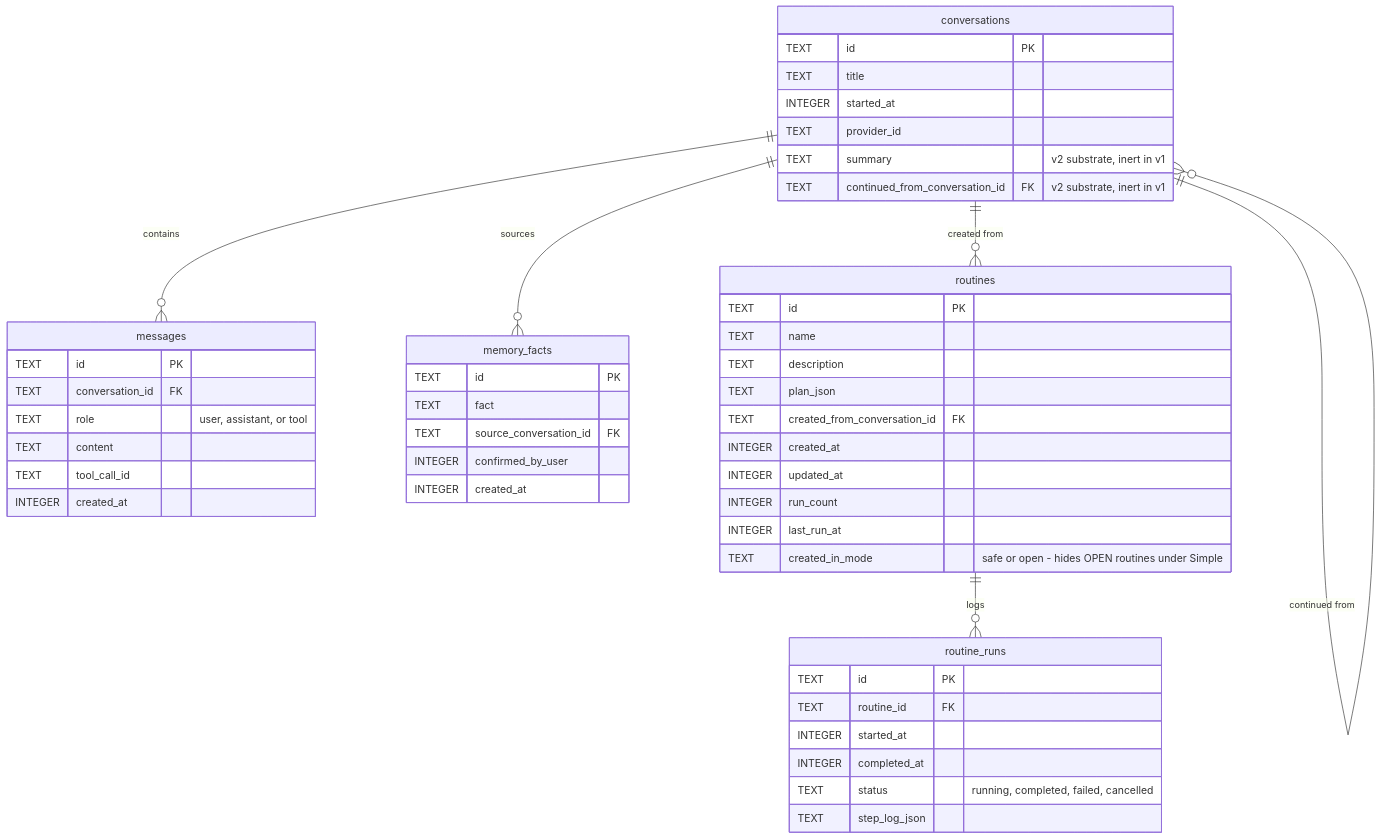
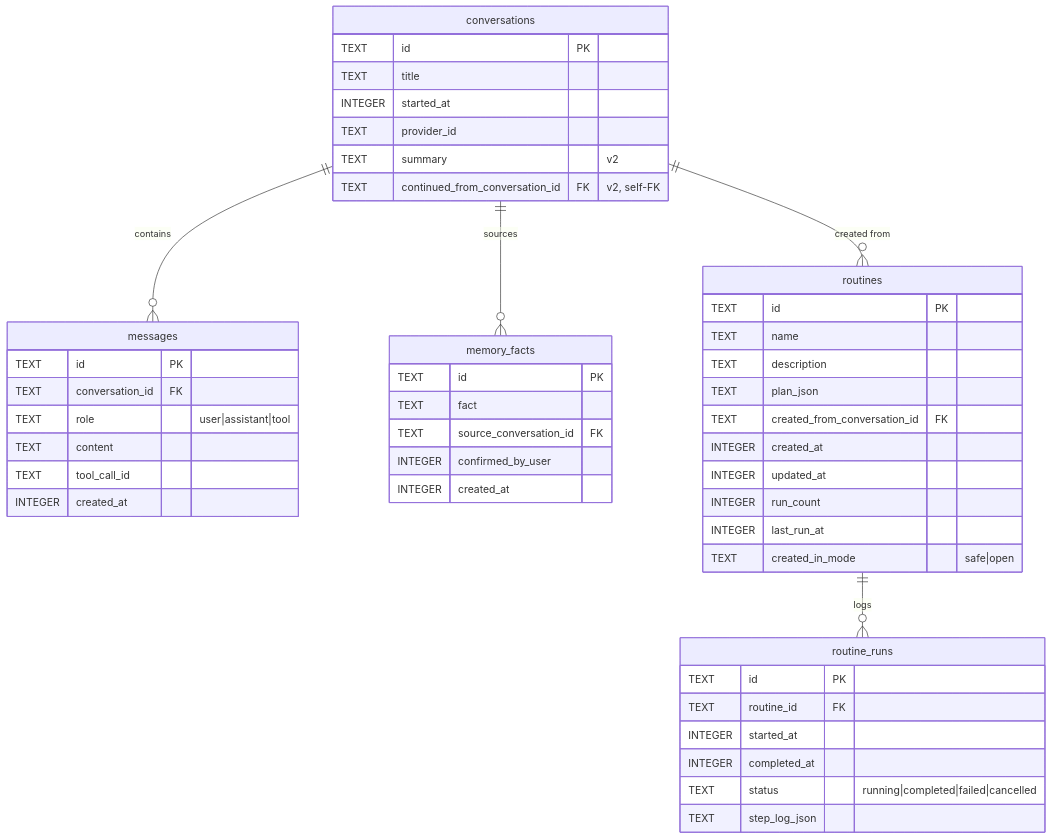
The first of 3 diagrams in docs/data-model.md (N041M/Addison), drawn with Mermaid before and after one commit. The commit also changed other lines of this file and 2 other files, not shown here.

First line of the commit message:
docs: untangle the architecture graph and stop the ER overflowing

````diff
--- a/docs/data-model.md
+++ b/docs/data-model.md
@@ -30,52 +30,51 @@
 ```mermaid
 erDiagram
     conversations ||--o{ messages : contains
     conversations ||--o{ memory_facts : sources
     conversations ||--o{ routines : "created from"
-    conversations ||--o{ conversations : "continued from"
     routines ||--o{ routine_runs : logs
 
     conversations {
         TEXT id PK
         TEXT title
         INTEGER started_at
         TEXT provider_id
-        TEXT summary "v2 substrate, inert in v1"
-        TEXT continued_from_conversation_id FK "v2 substrate, inert in v1"
+        TEXT summary "v2"
+        TEXT continued_from_conversation_id FK "v2, self-FK"
     }
     messages {
         TEXT id PK
         TEXT conversation_id FK
-        TEXT role "user, assistant, or tool"
+        TEXT role "user|assistant|tool"
         TEXT content
         TEXT tool_call_id
         INTEGER created_at
     }
     memory_facts {
         TEXT id PK
         TEXT fact
         TEXT source_conversation_id FK
         INTEGER confirmed_by_user
         INTEGER created_at
     }
     routines {
         TEXT id PK
         TEXT name
         TEXT description
         TEXT plan_json
         TEXT created_from_conversation_id FK
         INTEGER created_at
         INTEGER updated_at
         INTEGER run_count
         INTEGER last_run_at
-        TEXT created_in_mode "safe or open - hides OPEN routines under Simple"
+        TEXT created_in_mode "safe|open"
     }
     routine_runs {
         TEXT id PK
         TEXT routine_id FK
         INTEGER started_at
         INTEGER completed_at
-        TEXT status "running, completed, failed, cancelled"
+        TEXT status "running|completed|failed|cancelled"
         TEXT step_log_json
     }
 ```
````
